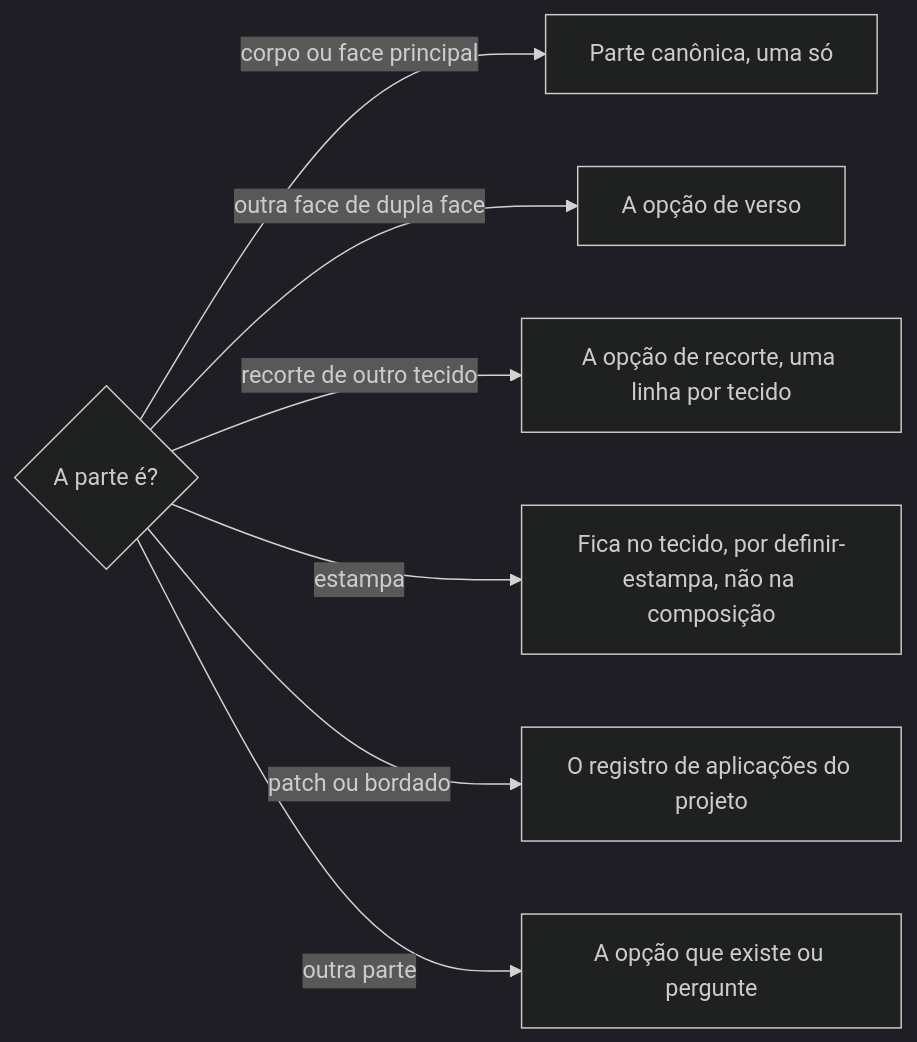
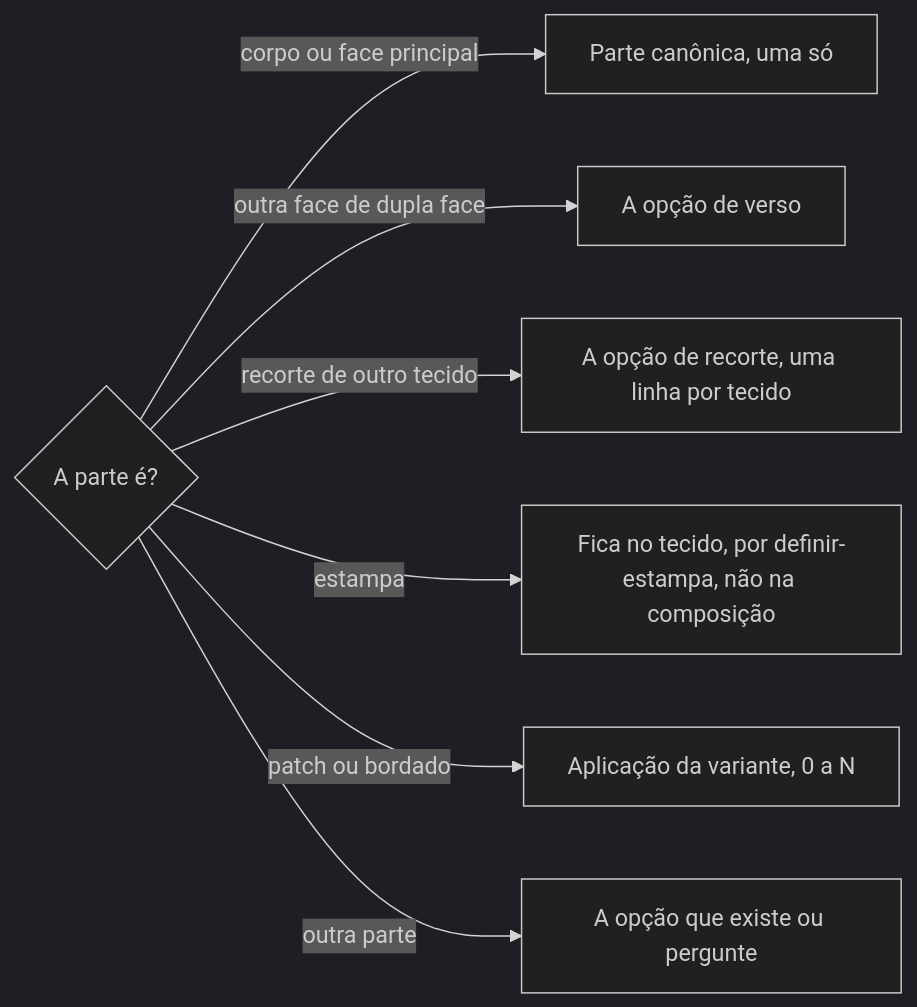
Before and after one commit to jimmyandrade/harness: the diagram in .agents/skills/definir-composicao-textil/SKILL.md, drawn with Mermaid (dark theme). The commit also changed other lines of this file and 6 other files, not shown here.

````diff
--- a/.agents/skills/definir-composicao-textil/SKILL.md
+++ b/.agents/skills/definir-composicao-textil/SKILL.md
@@ -49,9 +50,9 @@
 ```mermaid
 flowchart LR
   Q{A parte é?} -->|corpo ou face principal| F[Parte canônica, uma só]
   Q -->|outra face de dupla face| V[A opção de verso]
   Q -->|recorte de outro tecido| P[A opção de recorte, uma linha por tecido]
   Q -->|estampa| E[Fica no tecido, por definir-estampa, não na composição]
-  Q -->|patch ou bordado| A[O registro de aplicações do projeto]
+  Q -->|patch ou bordado| A[Aplicação da variante, 0 a N]
   Q -->|outra parte| O[A opção que existe ou pergunte]
 ```
````
